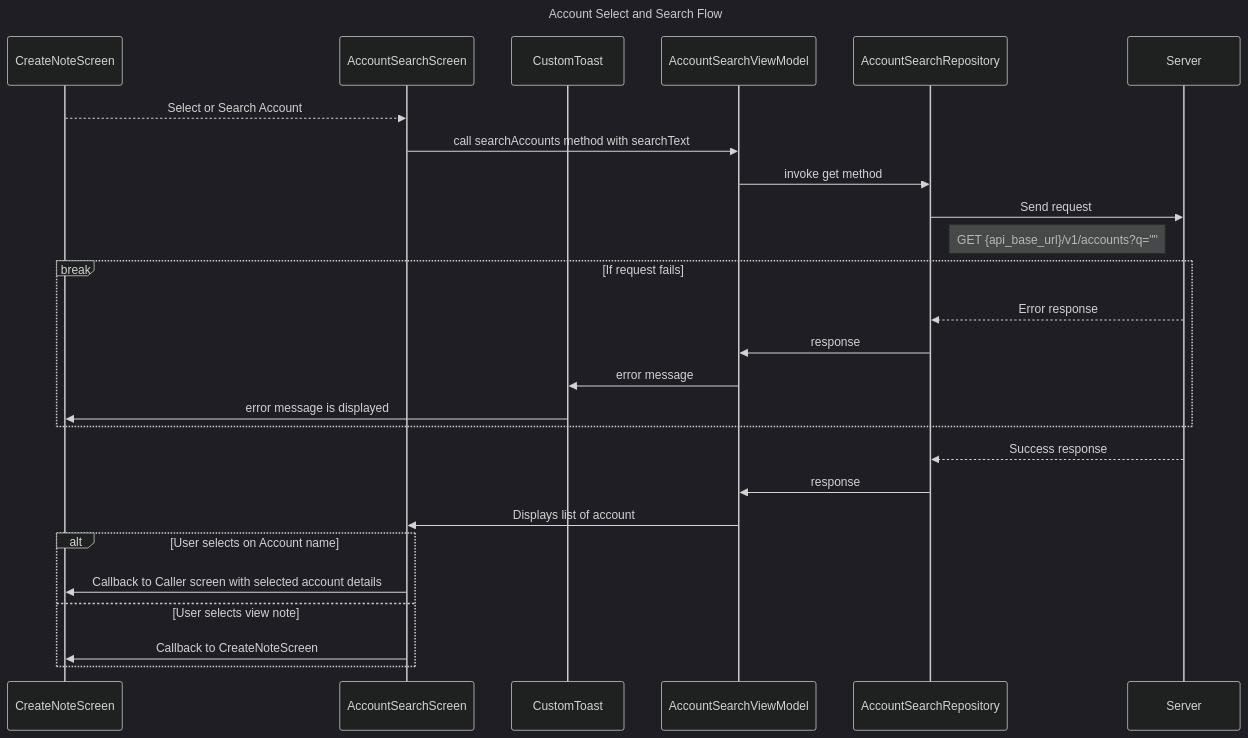
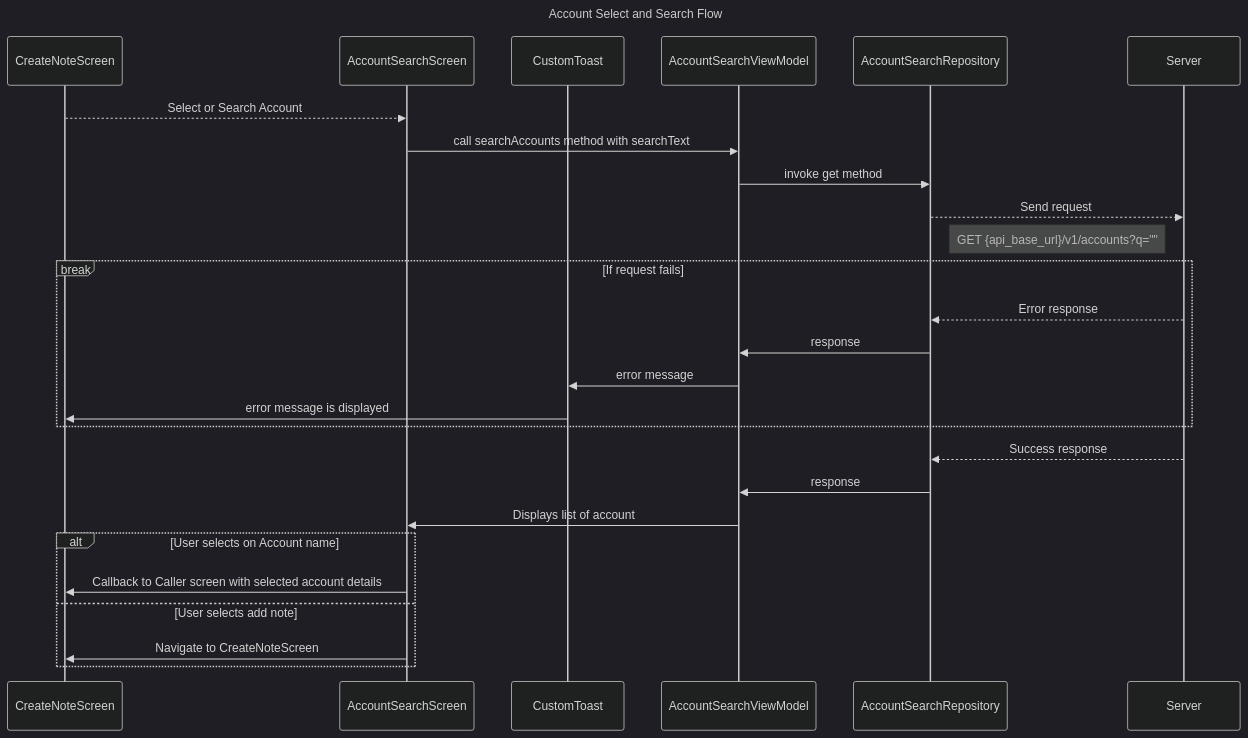
One commit to TrueSparrowSystems/AI-SalesSparrow-Docs changed the diagram in flowDiagrams/Android/AccountSearchScreen.mermaid. Above: the diagram before and after it, drawn with Mermaid (dark theme). The commit also changed 2 other files, not shown here.

```diff
--- a/flowDiagrams/Android/AccountSearchScreen.mermaid
+++ b/flowDiagrams/Android/AccountSearchScreen.mermaid
@@ -1,32 +1,32 @@
 sequenceDiagram
     title Account Select and Search Flow
 
     participant CNS as CreateNoteScreen
     participant ASS as AccountSearchScreen
     participant CT as CustomToast
     participant ASVM as AccountSearchViewModel
     participant ASR as AccountSearchRepository
     participant S as Server
 
     CNS-->>ASS: Select or Search Account
     ASS->>ASVM: call searchAccounts method with searchText
     ASVM->>ASR: invoke get method
-    ASR->>S: Send request
+    ASR-->>S: Send request
     note right of ASR: GET {api_base_url}/v1/accounts?q=""
 
     break If request fails
         S-->>ASR: Error response
         ASR->>ASVM: response
         ASVM->>CT: error message
         CT->>CNS: error message is displayed
     end
     
     S-->>ASR: Success response
     ASR->>ASVM: response
     ASVM->>ASS: Displays list of account
     
-    alt User selects on Account name
+  alt User selects on Account name
         ASS->>CNS: Callback to Caller screen with selected account details
-    else User selects view note
-        ASS->>CNS: Callback to CreateNoteScreen 
+    else User selects add note
+        ASS->>CNS: Navigate to CreateNoteScreen
     end
```
